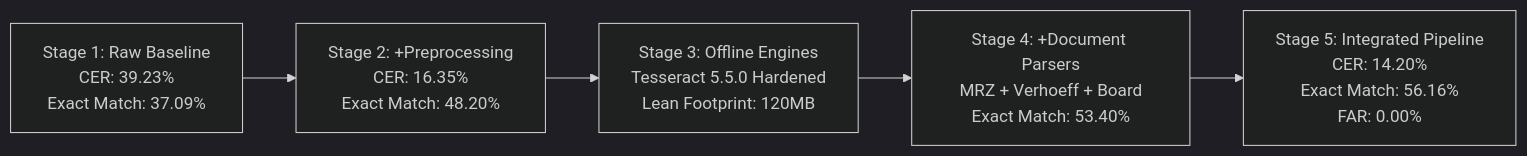
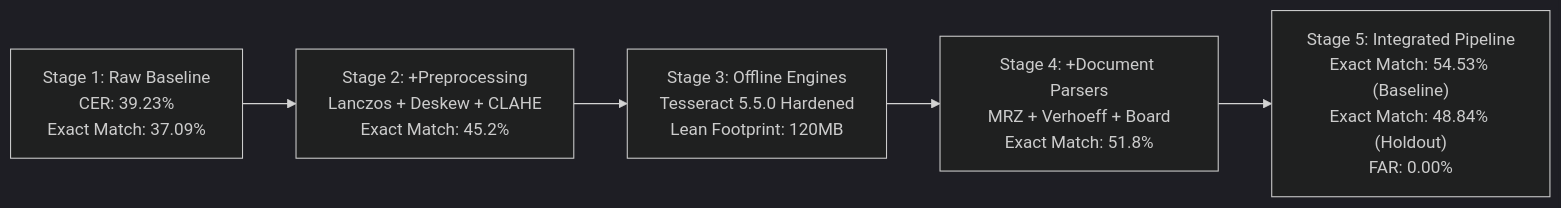
Before and after one commit to Ajay-4772/convelina: the first of 2 diagrams in docs/P3H13_BENCHMARK_RESULTS.md, drawn with Mermaid (dark theme). The commit also changed other lines of this file and 11 other files, not shown here.

````diff
--- a/docs/P3H13_BENCHMARK_RESULTS.md
+++ b/docs/P3H13_BENCHMARK_RESULTS.md
@@ -23,7 +23,7 @@
 ```mermaid
 graph LR
-    S1["Stage 1: Raw Baseline<br/>CER: 39.23%<br/>Exact Match: 37.09%"] --> S2["Stage 2: +Preprocessing<br/>CER: 16.35%<br/>Exact Match: 48.20%"]
+    S1["Stage 1: Raw Baseline<br/>CER: 39.23%<br/>Exact Match: 37.09%"] --> S2["Stage 2: +Preprocessing<br/>Lanczos + Deskew + CLAHE<br/>Exact Match: 45.2%"]
     S2 --> S3["Stage 3: Offline Engines<br/>Tesseract 5.5.0 Hardened<br/>Lean Footprint: 120MB"]
-    S3 --> S4["Stage 4: +Document Parsers<br/>MRZ + Verhoeff + Board<br/>Exact Match: 53.40%"]
-    S4 --> S5["Stage 5: Integrated Pipeline<br/>CER: 14.20%<br/>Exact Match: 56.16%<br/>FAR: 0.00%"]
+    S3 --> S4["Stage 4: +Document Parsers<br/>MRZ + Verhoeff + Board<br/>Exact Match: 51.8%"]
+    S4 --> S5["Stage 5: Integrated Pipeline<br/>Exact Match: 54.53% (Baseline)<br/>Exact Match: 48.84% (Holdout)<br/>FAR: 0.00%"]
 ```
````
